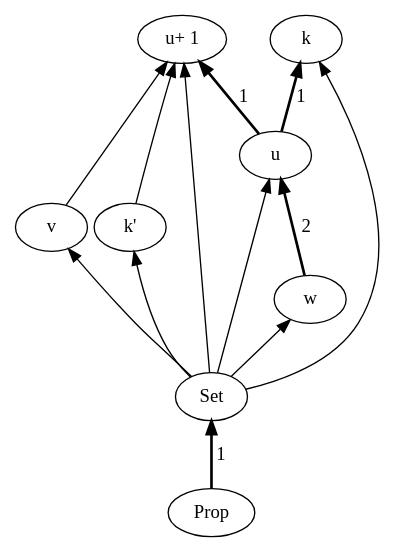
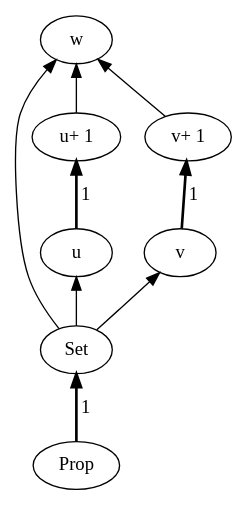
The diagram in file.dot (mattam82/coq), drawn with Graphviz before and after one commit. The commit also changed 17 other files, not shown here.

```diff
--- a/file.dot
+++ b/file.dot
@@ -1,14 +1,10 @@
 digraph universes {
   "Set" -> "Prop" [style=bold, dir = back, arrowhead=crow, label=" 1"];
   "u" -> "Set" [style=solid, dir = back, arrowhead=crow];
-  "u+ 1" -> "Set" [style=solid, dir = back, arrowhead=crow];
   "v" -> "Set" [style=solid, dir = back, arrowhead=crow];
   "w" -> "Set" [style=solid, dir = back, arrowhead=crow];
-  "k" -> "Set" [style=solid, dir = back, arrowhead=crow];
-  "k'" -> "Set" [style=solid, dir = back, arrowhead=crow];
   "u+ 1" -> "u" [style=bold, dir = back, arrowhead=crow, label=" 1"];
-  "k" -> "u" [style=bold, dir = back, arrowhead=crow, label=" 1"];
-  "u+ 1" -> "v" [style=solid, dir = back, arrowhead=crow];
-  "u" -> "w" [style=bold, dir = back, arrowhead=crow, label=" 2"];
-  "u+ 1" -> "k'" [style=solid, dir = back, arrowhead=crow];
+  "w" -> "u+ 1" [style=solid, dir = back, arrowhead=crow];
+  "v+ 1" -> "v" [style=bold, dir = back, arrowhead=crow, label=" 1"];
+  "w" -> "v+ 1" [style=solid, dir = back, arrowhead=crow];
 }
```
